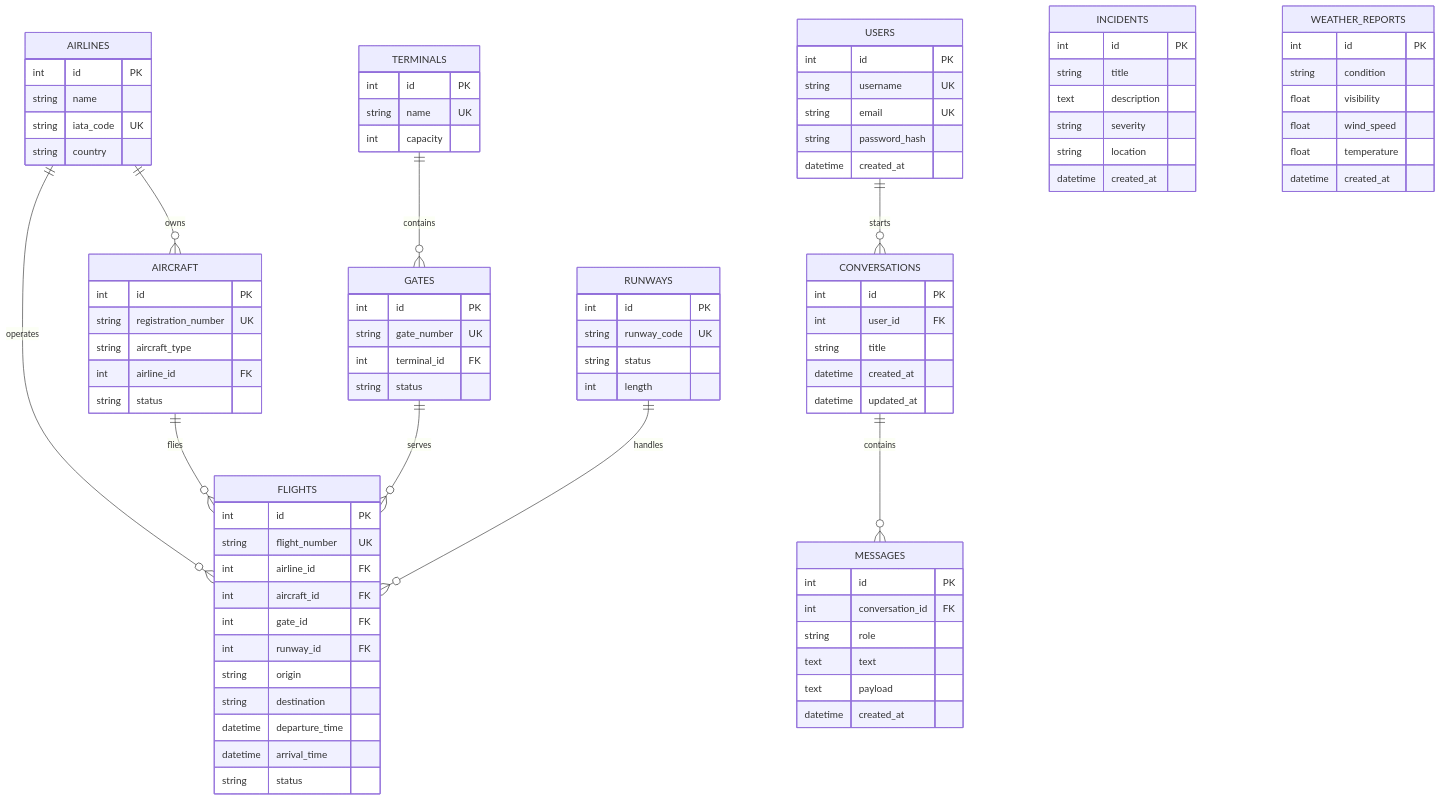
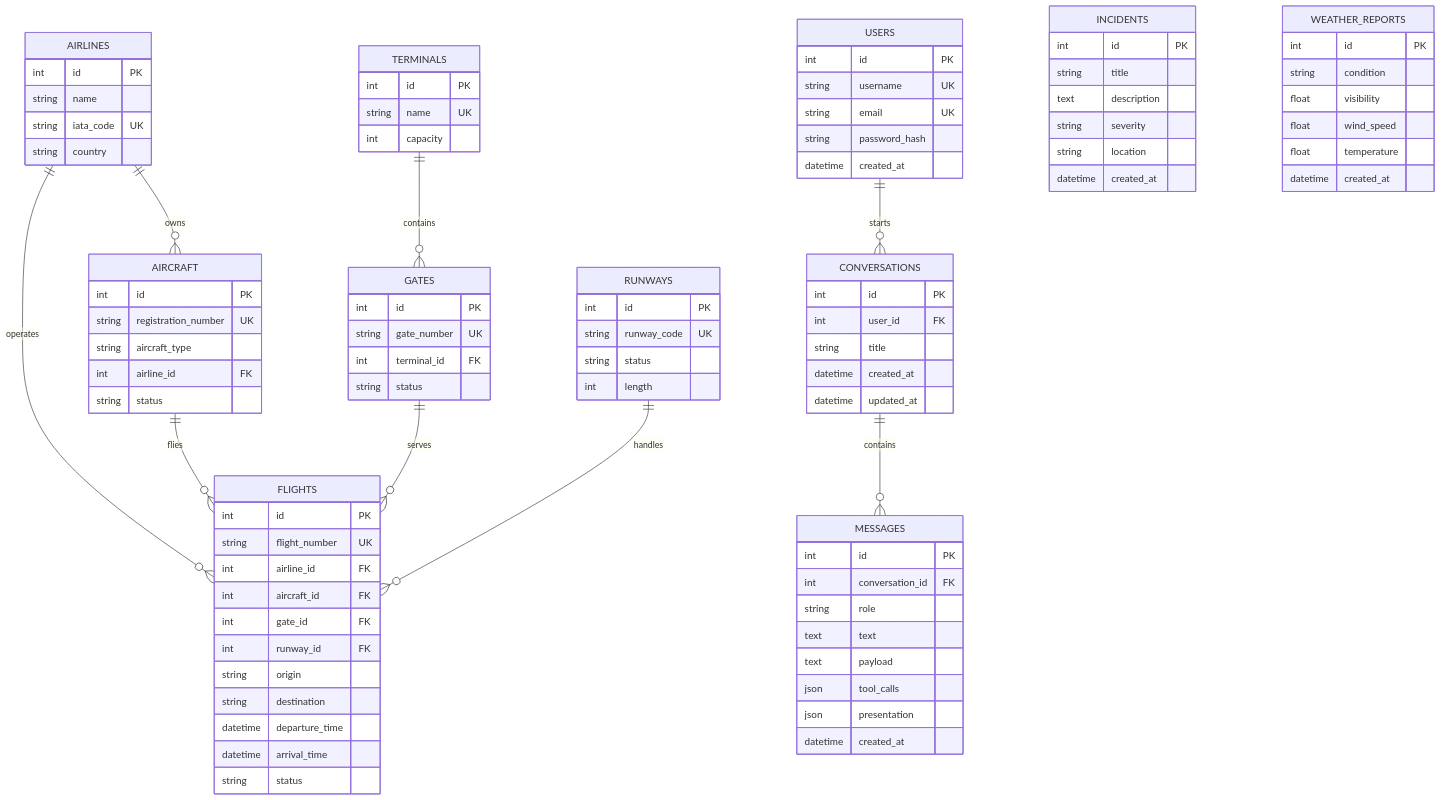
Before and after one commit to ellenhabash2/airport-operations-ai-agent: the diagram in README.md, drawn with Mermaid. The commit also changed other lines of this file, not shown here.

````diff
--- a/README.md
+++ b/README.md
@@ -159,6 +159,8 @@
         string role
         text text
         text payload
+        json tool_calls
+        json presentation
         datetime created_at
     }
 ```
````
